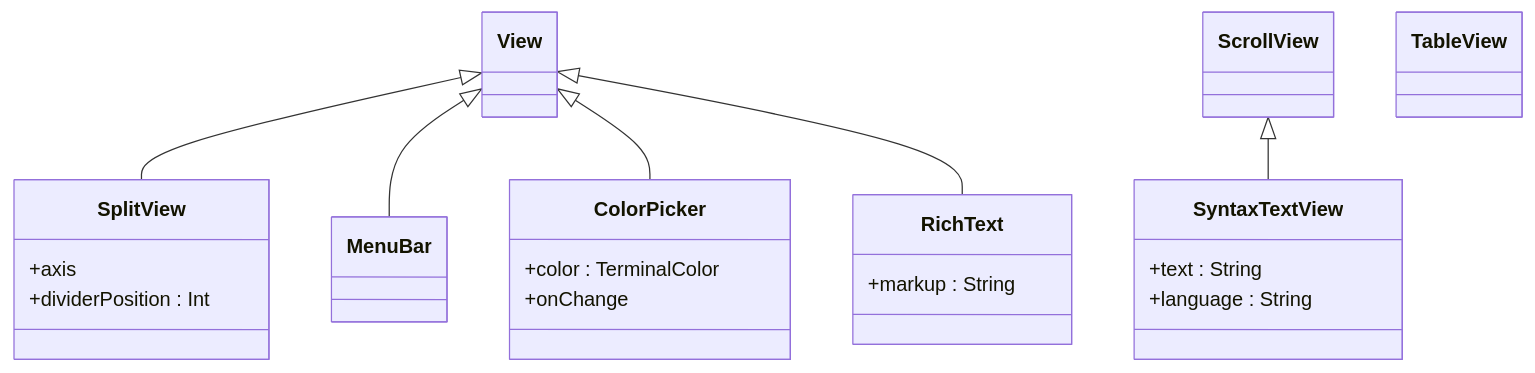
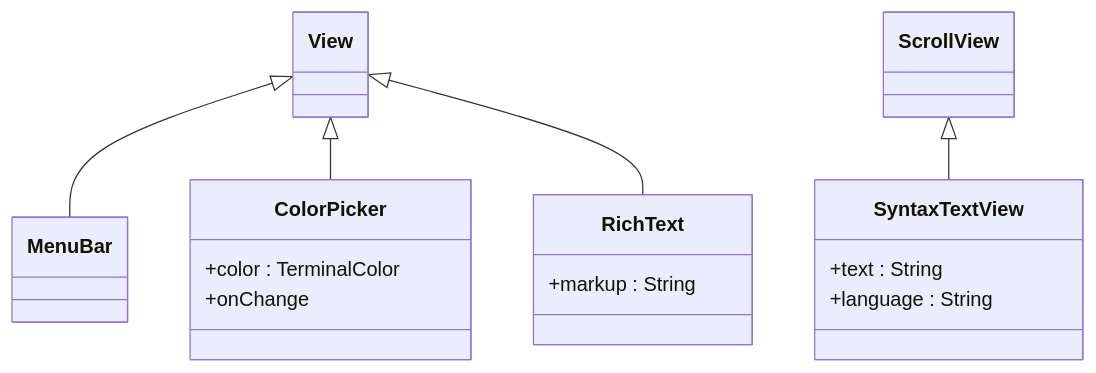
The second of 2 diagrams in Docs/ControlsUML.md (bobbyski/TUIKit), drawn with Mermaid before and after one commit. The commit also changed other lines of this file and 7 other files, not shown here.

Commit message:
split view

````diff
--- a/Docs/ControlsUML.md
+++ b/Docs/ControlsUML.md
@@ -273,31 +297,25 @@
 ```mermaid
 classDiagram
     direction TB
 
     class View
     class ScrollView
-    class TableView
 
-    class SplitView {
-        +axis
-        +dividerPosition : Int
-    }
     class MenuBar
     class ColorPicker {
         +color : TerminalColor
         +onChange
     }
     class RichText {
         +markup : String
     }
     class SyntaxTextView {
         +text : String
         +language : String
     }
 
-    View <|-- SplitView
     View <|-- MenuBar
     View <|-- ColorPicker
     View <|-- RichText
     ScrollView <|-- SyntaxTextView
 ```
````
